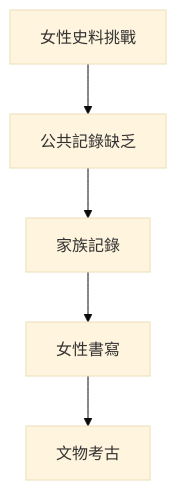
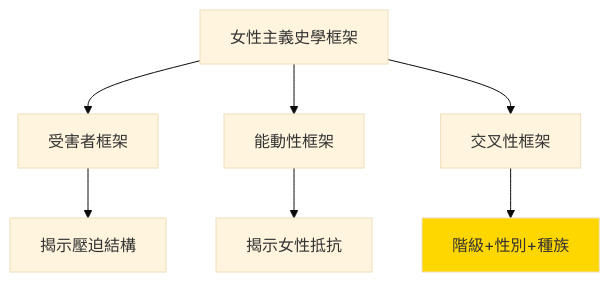
Before and after one commit to yip-lgtm/HKU-Harvard-History-Self-Study: the tenth of 10 diagrams in 01_HKU_Courses/HIST2143_Love_and_loyalty.md, drawn with Mermaid (base theme). The commit also changed other lines of this file and 25 other files, not shown here.

````diff
--- a/01_HKU_Courses/HIST2143_Love_and_loyalty.md
+++ b/01_HKU_Courses/HIST2143_Love_and_loyalty.md
@@ -125,7 +333,10 @@
 ```mermaid
-flowchart TD
-    A[女性史料挑戰] --> B[公共記錄缺乏]
-    B --> C[家族記錄]
-    C --> D[女性書寫]
-    D --> E[文物考古]
+graph TD
+    A["女性主義史學框架"] --> B["受害者框架"]
+    A --> C["能動性框架"]
+    A --> D["交叉性框架"]
+    B --> E["揭示壓迫結構"]
+    C --> F["揭示女性抵抗"]
+    D --> G["階級+性別+種族"]
+    style G fill:#FFD700
 ```
````
